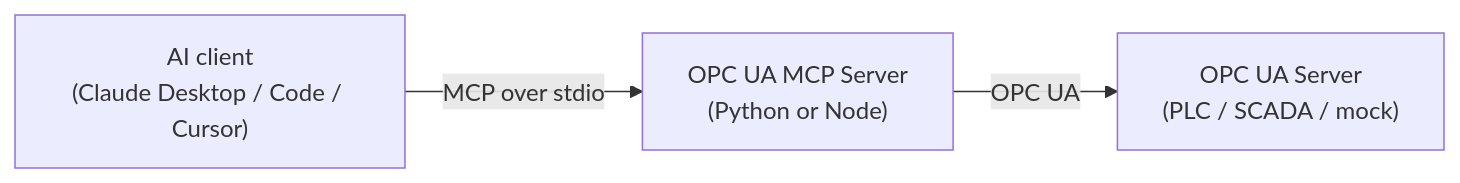
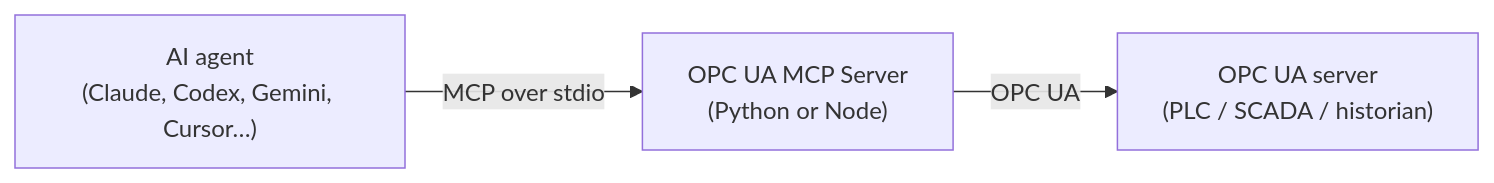
Before and after one commit to IndustriAgents/OPCUA-MCP: the diagram in README.md, drawn with Mermaid. The commit also changed other lines of this file and 15 other files, not shown here.

````diff
--- a/README.md
+++ b/README.md
@@ -63,5 +28,5 @@
 ```mermaid
 flowchart LR
-    A["AI client<br/>(Claude Desktop / Code / Cursor)"] -->|MCP over stdio| B["OPC UA MCP Server<br/>(Python or Node)"]
-    B -->|OPC UA| C["OPC UA Server<br/>(PLC / SCADA / mock)"]
+    A["AI agent<br/>(Claude, Codex, Gemini, Cursor…)"] -->|MCP over stdio| B["OPC UA MCP Server<br/>(Python or Node)"]
+    B -->|OPC UA| C["OPC UA server<br/>(PLC / SCADA / historian)"]
 ```
````
